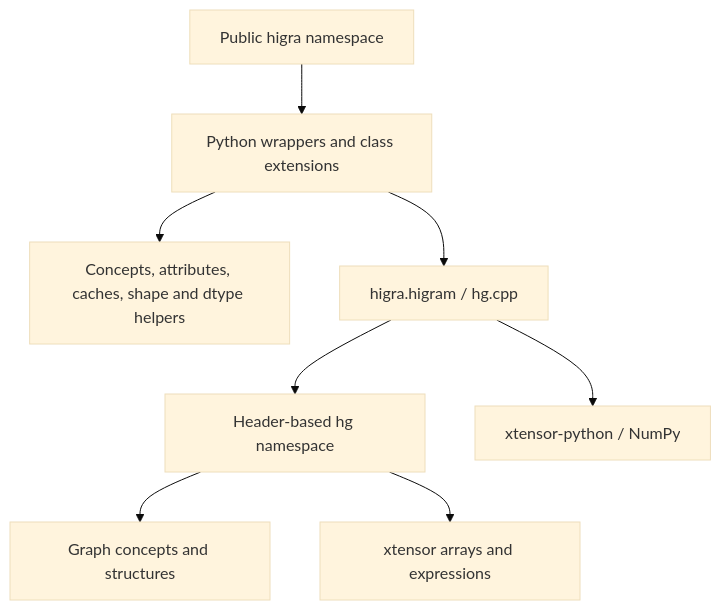
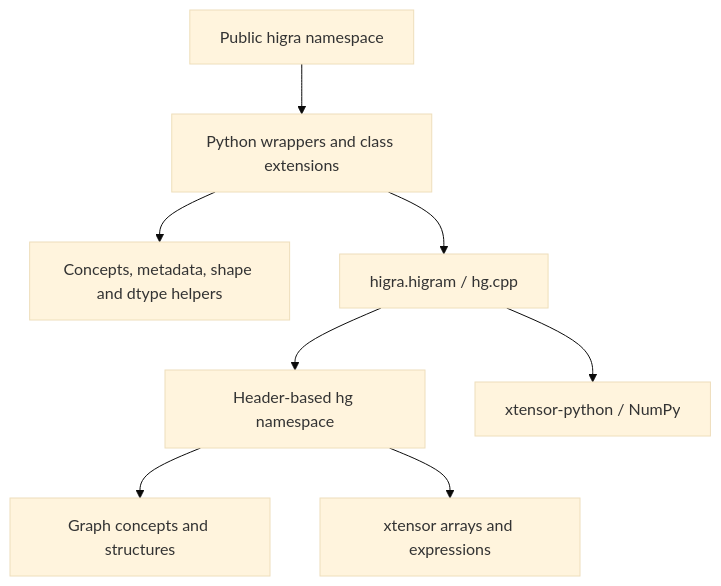
The diagram in docs/agents/architecture.md (higra/Higra), drawn with Mermaid (base theme) before and after one commit. The commit also changed other lines of this file and 24 other files, not shown here.

````diff
--- a/docs/agents/architecture.md
+++ b/docs/agents/architecture.md
@@ -9,10 +9,10 @@
 ```mermaid
 flowchart TD
     API[Public higra namespace] --> PY[Python wrappers and class extensions]
-    PY --> META[Concepts, attributes, caches, shape and dtype helpers]
+    PY --> META[Concepts, metadata, shape and dtype helpers]
     PY --> BIND[higra.higram / hg.cpp]
     BIND --> CORE[Header-based hg namespace]
     CORE --> GRAPH[Graph concepts and structures]
     CORE --> ARRAY[xtensor arrays and expressions]
     BIND --> NUMPY[xtensor-python / NumPy]
 ```
````
